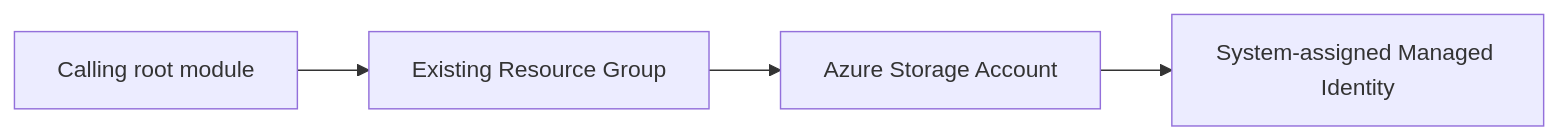
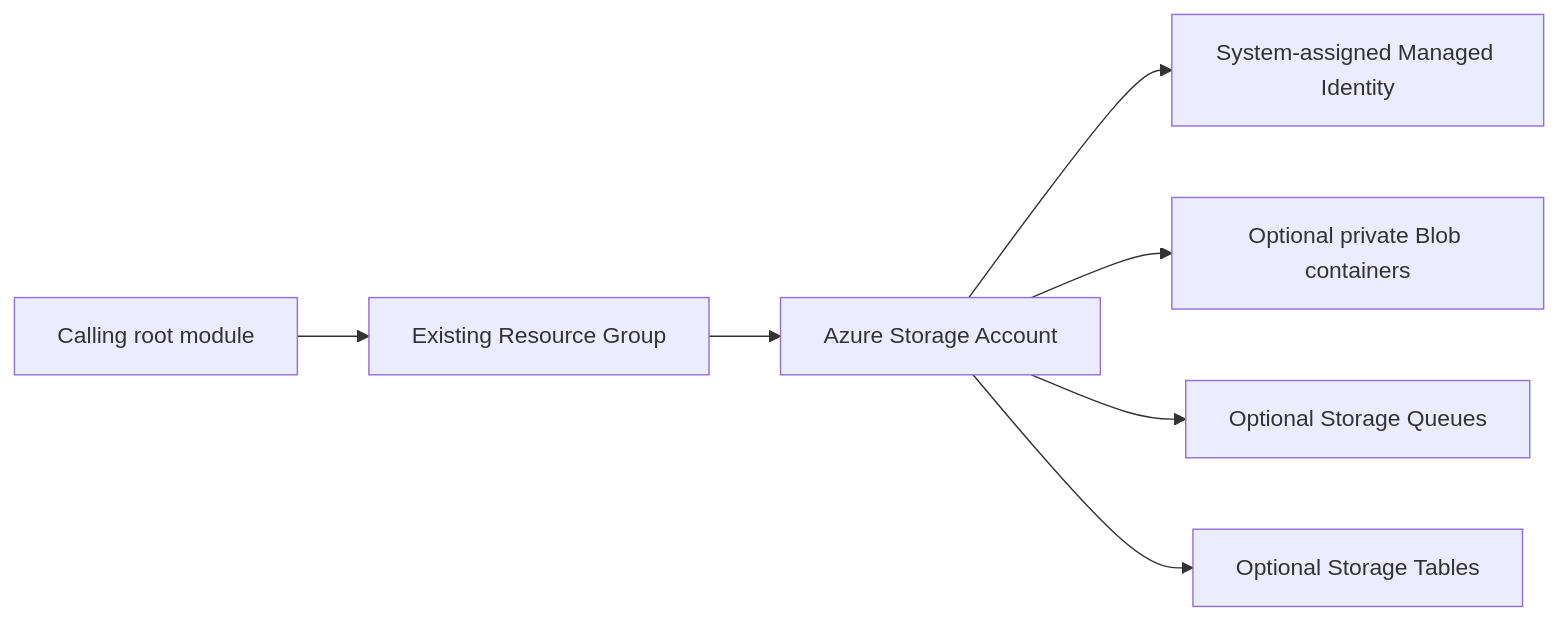
Before and after one commit to f2calv/tf_module_azurerm_storage_account: the diagram in README.md, drawn with Mermaid. The commit also changed other lines of this file and 6 other files, not shown here.

````diff
--- a/README.md
+++ b/README.md
@@ -11,6 +12,9 @@
 ```mermaid
 graph LR
     caller[Calling root module] --> group[Existing Resource Group]
     group --> storage[Azure Storage Account]
     storage --> identity[System-assigned Managed Identity]
+    storage --> containers[Optional private Blob containers]
+    storage --> queues[Optional Storage Queues]
+    storage --> tables[Optional Storage Tables]
 ```
````
